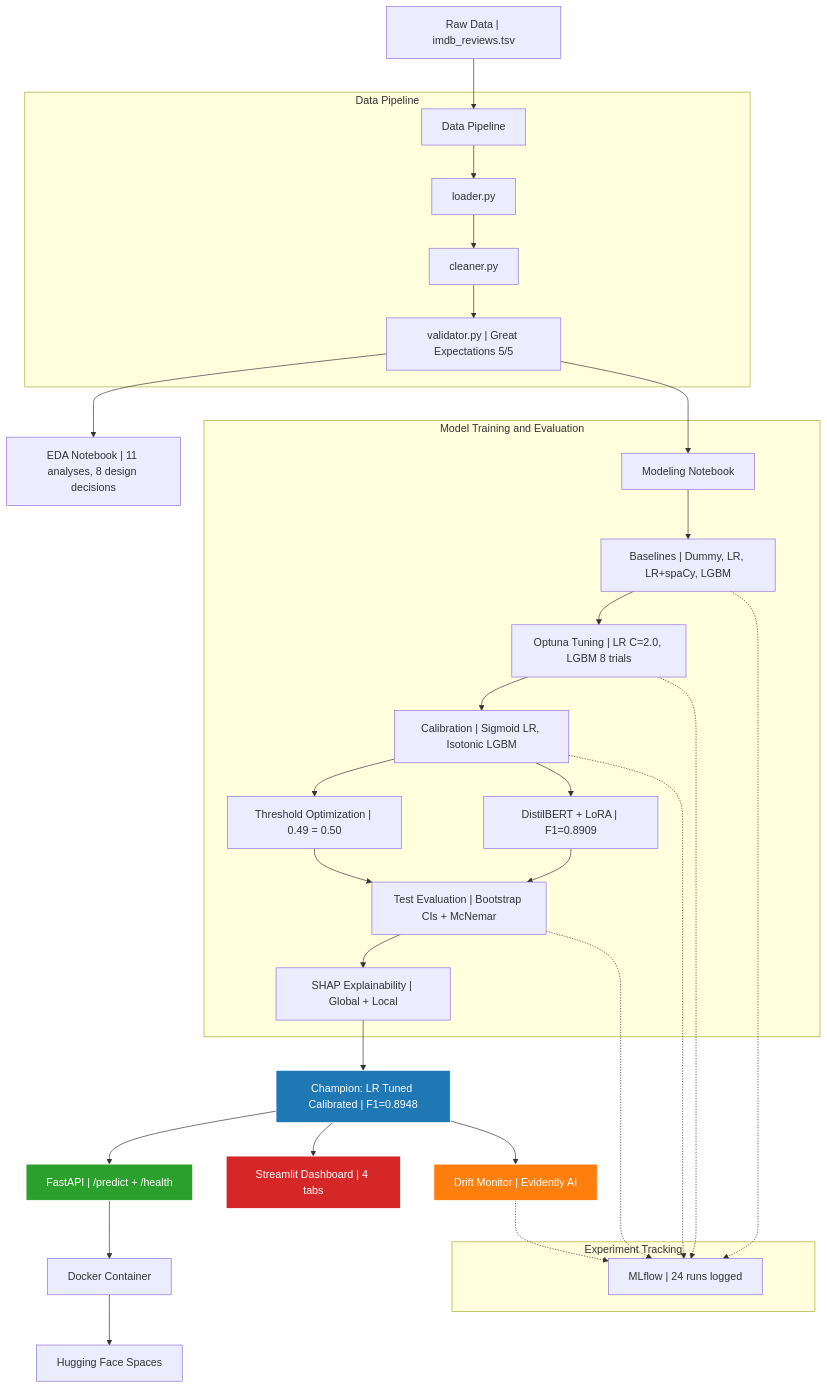
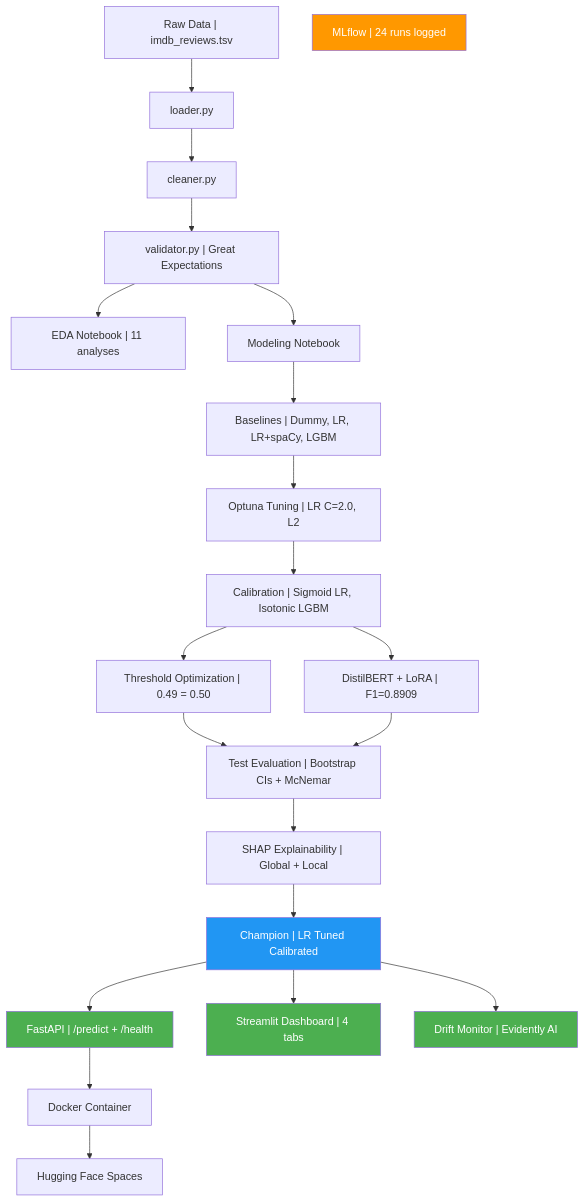
Before and after one commit to marianunez-data/imdb-sentiment-classifier: the diagram in README.md, drawn with Mermaid.

Commit message:
Update architecture diagram in README

````diff
--- a/README.md
+++ b/README.md
@@ -22,48 +22,27 @@
 ```mermaid
-graph TD
-    A["Raw Data | imdb_reviews.tsv"] --> B["Data Pipeline"]
+flowchart TD
+    A["Raw Data | imdb_reviews.tsv"] --> B["loader.py"]
+    B --> C["cleaner.py"]
+    C --> D["validator.py | Great Expectations"]
+    D --> E["EDA Notebook | 11 analyses"]
+    D --> F["Modeling Notebook"]
+    F --> G["Baselines | Dummy, LR, LR+spaCy, LGBM"]
+    G --> H["Optuna Tuning | LR C=2.0, L2"]
+    H --> I["Calibration | Sigmoid LR, Isotonic LGBM"]
+    I --> J["Threshold Optimization | 0.49 = 0.50"]
+    I --> K["DistilBERT + LoRA | F1=0.8909"]
+    J --> L["Test Evaluation | Bootstrap CIs + McNemar"]
+    K --> L
+    L --> M["SHAP Explainability | Global + Local"]
+    M --> N["Champion | LR Tuned Calibrated"]:::champion
+    N --> O["FastAPI | /predict + /health"]:::deploy
+    N --> P["Streamlit Dashboard | 4 tabs"]:::deploy
+    N --> Q["Drift Monitor | Evidently AI"]:::deploy
+    O --> R["Docker Container"]
+    R --> S["Hugging Face Spaces"]
+    T["MLflow | 24 runs logged"]:::tracking
 
-    subgraph Pipeline["Data Pipeline"]
-        B --> B1["loader.py"]
-        B1 --> B2["cleaner.py"]
-        B2 --> B3["validator.py | Great Expectations 5/5"]
-    end
-
-    B3 --> C["EDA Notebook | 11 analyses, 8 design decisions"]
-    B3 --> D["Modeling Notebook"]
-
-    subgraph Models["Model Training and Evaluation"]
-        D --> D1["Baselines | Dummy, LR, LR+spaCy, LGBM"]
-        D1 --> D2["Optuna Tuning | LR C=2.0, LGBM 8 trials"]
-        D2 --> D3["Calibration | Sigmoid LR, Isotonic LGBM"]
-        D3 --> D4["Threshold Optimization | 0.49 = 0.50"]
-        D3 --> D5["DistilBERT + LoRA | F1=0.8909"]
-        D4 --> D6["Test Evaluation | Bootstrap CIs + McNemar"]
-        D5 --> D6
-        D6 --> D7["SHAP Explainability | Global + Local"]
-    end
-
-    D7 --> E["Champion: LR Tuned Calibrated | F1=0.8948"]
-
-    E --> F["FastAPI | /predict + /health"]
-    E --> G["Streamlit Dashboard | 4 tabs"]
-    E --> H["Drift Monitor | Evidently AI"]
-
-    F --> I["Docker Container"]
-    I --> J["Hugging Face Spaces"]
-
-    subgraph Tracking["Experiment Tracking"]
-        K["MLflow | 24 runs logged"]
-    end
-
-    D1 -.-> K
-    D2 -.-> K
-    D3 -.-> K
-    D6 -.-> K
-    H -.-> K
-
-    style E fill:#1f77b4,stroke:#fff,color:#fff
-    style F fill:#2ca02c,stroke:#fff,color:#fff
-    style G fill:#d62728,stroke:#fff,color:#fff
-    style H fill:#ff7f0e,stroke:#fff,color:#fff
+    classDef champion fill:#2196F3,color:#fff
+    classDef deploy fill:#4CAF50,color:#fff
+    classDef tracking fill:#FF9800,color:#fff
 ```
````
